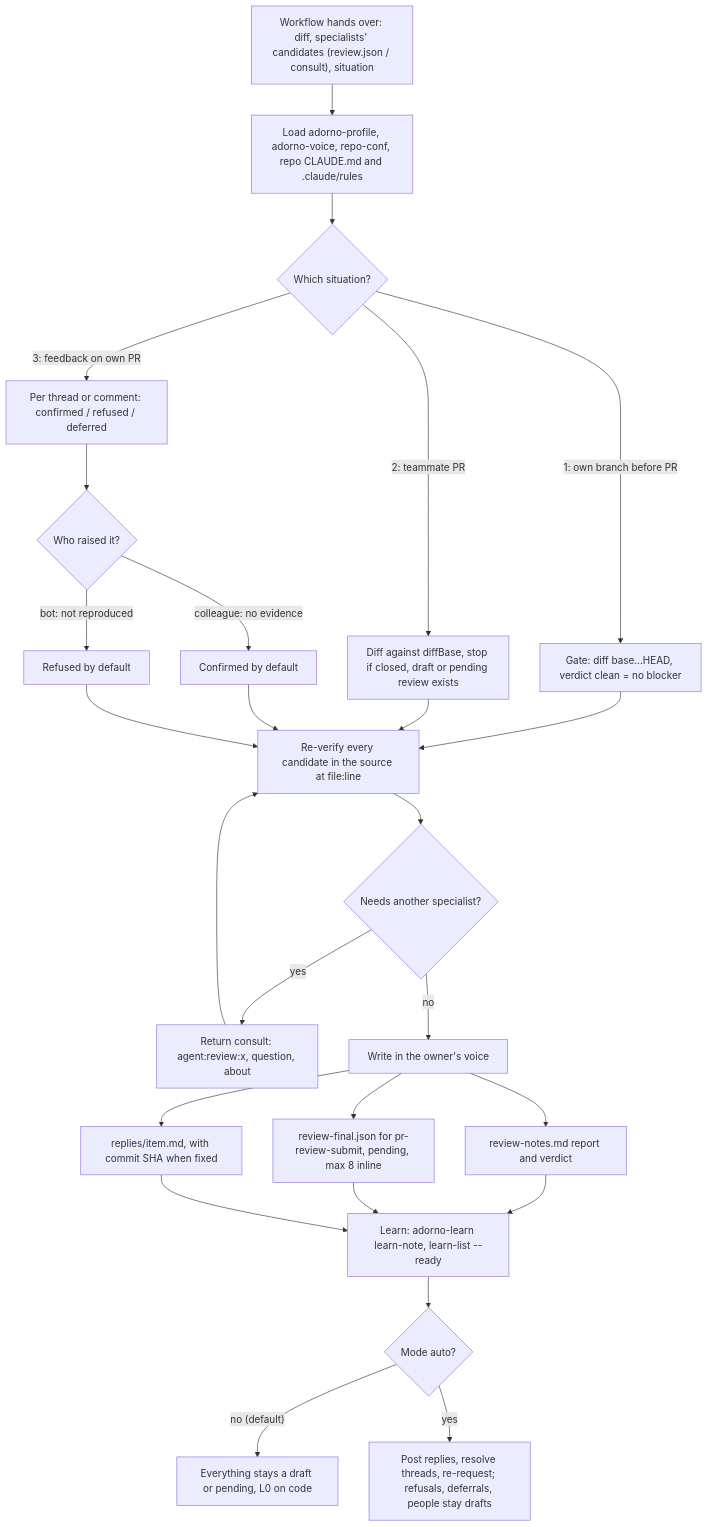
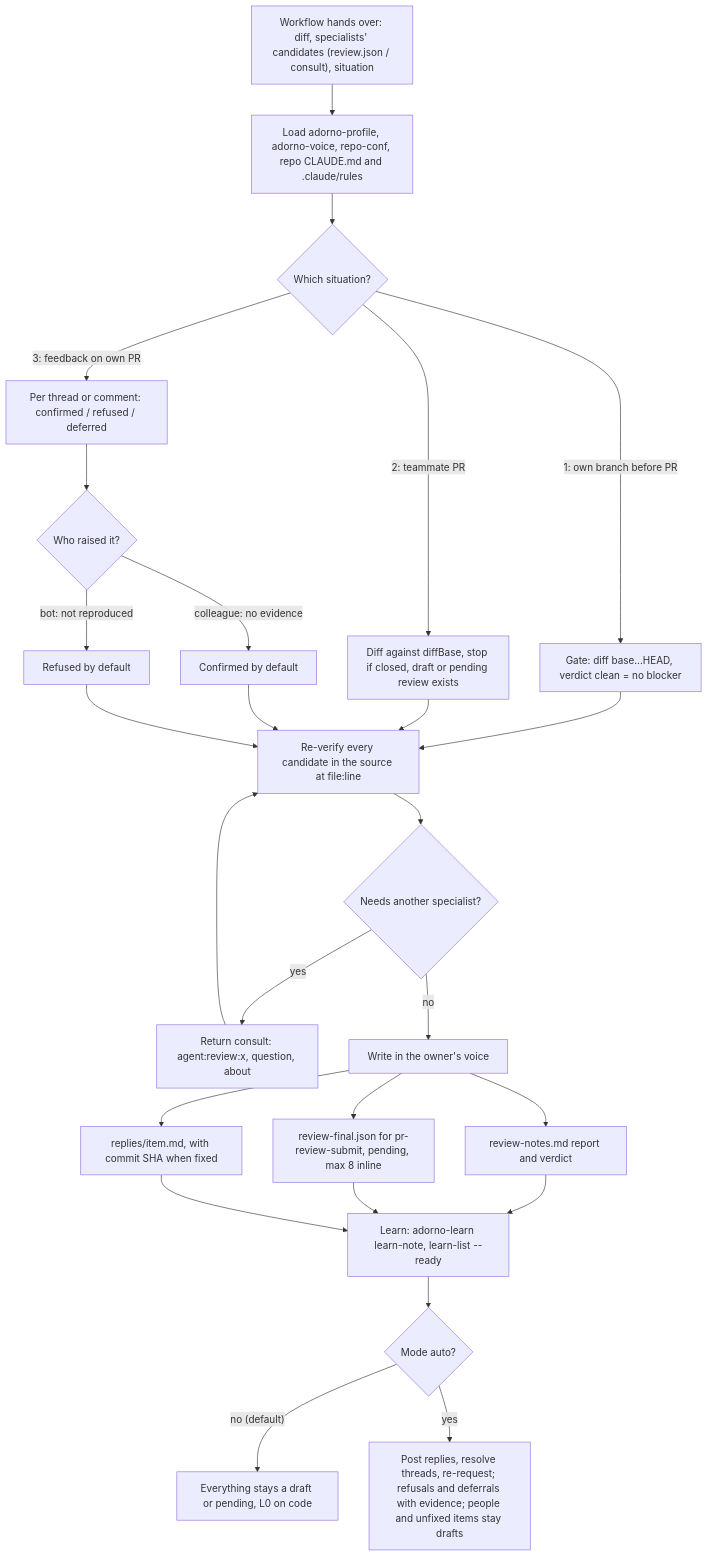
The diagram in src/agents/SCHEMA.md (nicolasmondain/adorno), drawn with Mermaid before and after one commit. The commit also changed 16 other files, not shown here.

````diff
--- a/src/agents/SCHEMA.md
+++ b/src/agents/SCHEMA.md
@@ -3,28 +3,28 @@
 ```mermaid
 flowchart TD
   A["Workflow hands over: diff, specialists' candidates (review.json / consult), situation"] --> B["Load adorno-profile, adorno-voice, repo-conf, repo CLAUDE.md and .claude/rules"]
   B --> C{"Which situation?"}
   C -->|"1: own branch before PR"| S1["Gate: diff base...HEAD, verdict clean = no blocker"]
   C -->|"2: teammate PR"| S2["Diff against diffBase, stop if closed, draft or pending review exists"]
   C -->|"3: feedback on own PR"| S3["Per thread or comment: confirmed / refused / deferred"]
   S1 --> V["Re-verify every candidate in the source at file:line"]
   S2 --> V
   S3 --> W{"Who raised it?"}
   W -->|"colleague: no evidence"| CF["Confirmed by default"]
   W -->|"bot: not reproduced"| RF["Refused by default"]
   CF --> V
   RF --> V
   V --> Q{"Needs another specialist?"}
   Q -->|"yes"| CO["Return consult: agent:review:x, question, about"]
   CO --> V
   Q -->|"no"| O["Write in the owner's voice"]
   O --> R["review-notes.md report and verdict"]
   O --> P["review-final.json for pr-review-submit, pending, max 8 inline"]
   O --> RP["replies/item.md, with commit SHA when fixed"]
   R --> L["Learn: adorno-learn learn-note, learn-list --ready"]
   P --> L
   RP --> L
   L --> M{"Mode auto?"}
   M -->|"no (default)"| D["Everything stays a draft or pending, L0 on code"]
-  M -->|"yes"| PU["Post replies, resolve threads, re-request; refusals, deferrals, people stay drafts"]
+  M -->|"yes"| PU["Post replies, resolve threads, re-request; refusals and deferrals with evidence; people and unfixed items stay drafts"]
 ```
````
